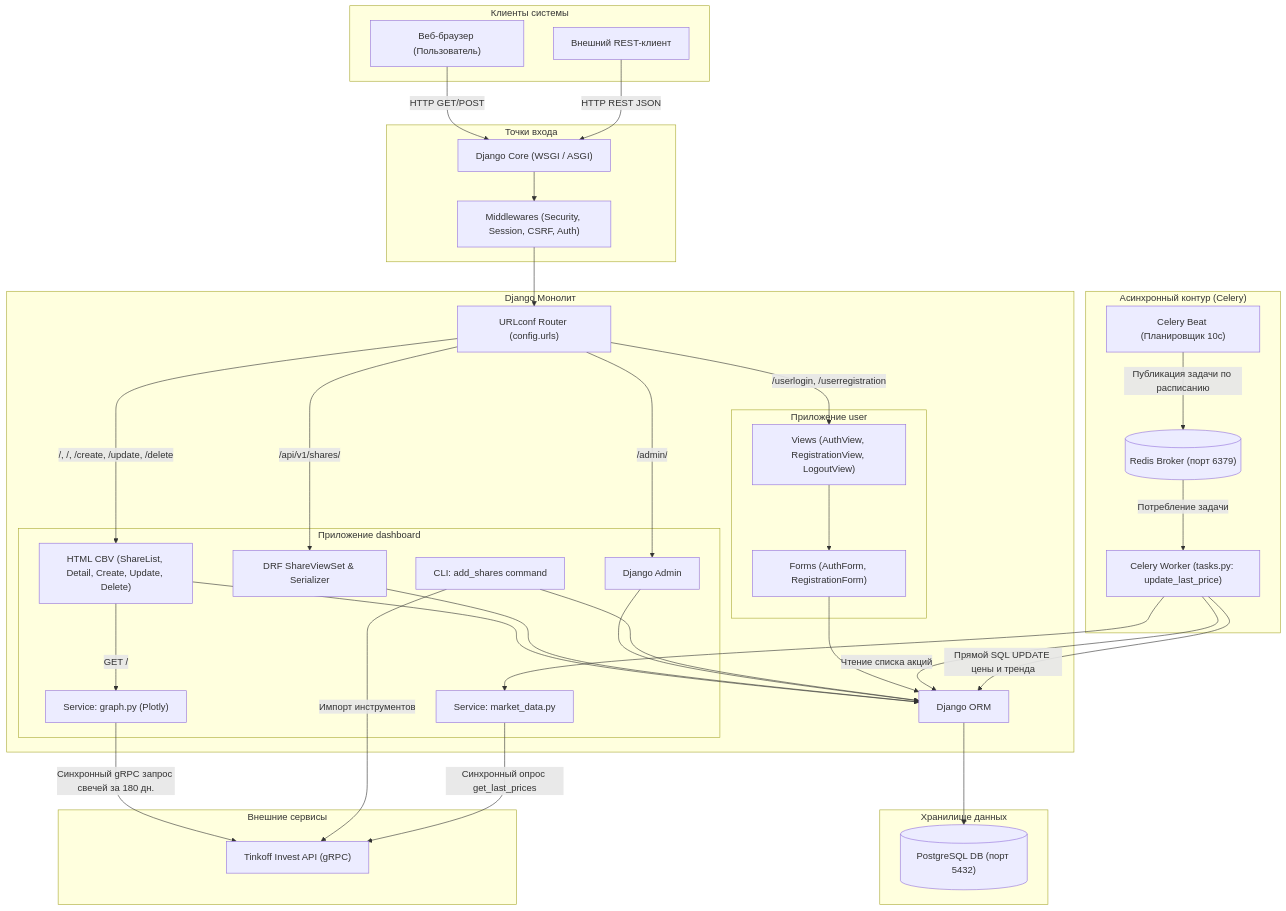
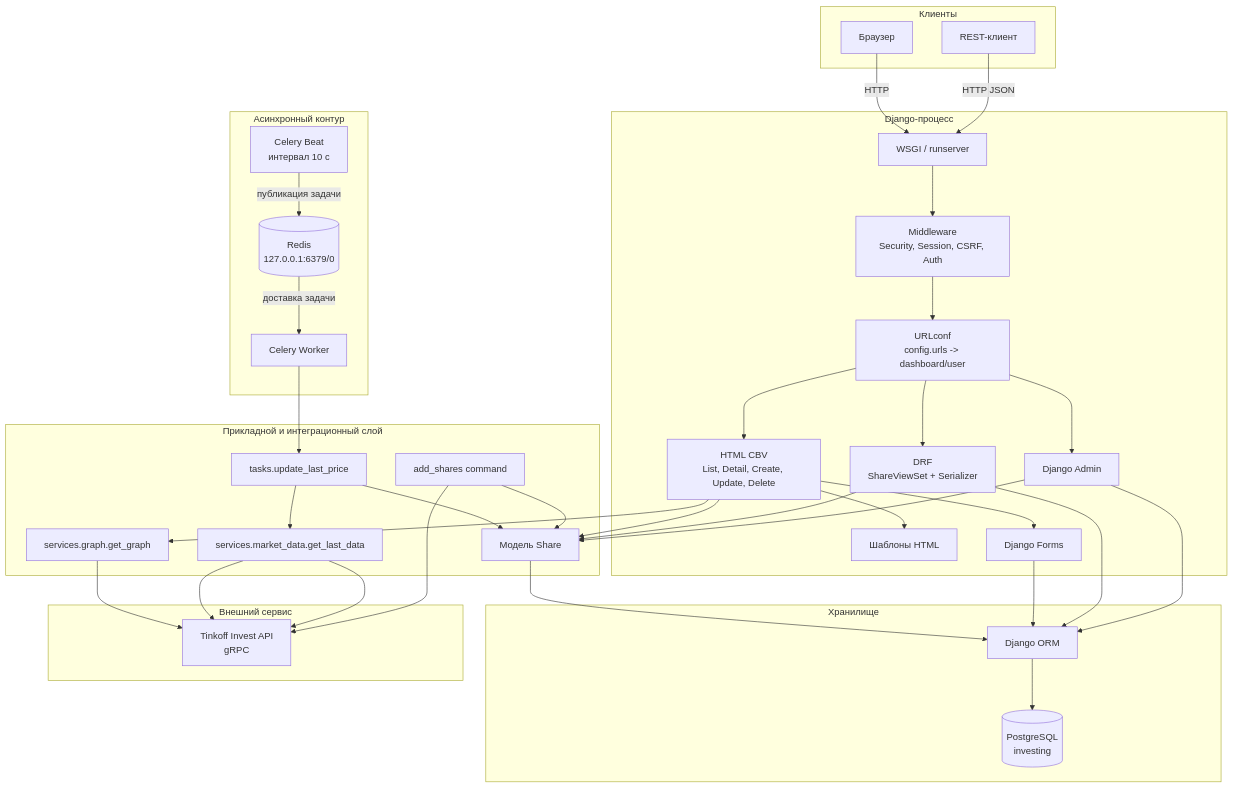
Before and after one commit to gospodiupasibozheeeee/aidd-topic-03-homework: the second of 8 diagrams in ANALYSIS.md, drawn with Mermaid. The commit also changed other lines of this file, not shown here.

Commit message:
Task 1: expand architecture and source code analysis

````diff
--- a/ANALYSIS.md
+++ b/ANALYSIS.md
@@ -107,77 +317,70 @@
 ```mermaid
 flowchart TD
-    subgraph Clients["Клиенты системы"]
-        Browser["Веб-браузер (Пользователь)"]
-        APIClient["Внешний REST-клиент"]
+    subgraph Clients["Клиенты"]
+        Browser["Браузер"]
+        APIClient["REST-клиент"]
     end
 
-    subgraph EntryPoint["Точки входа"]
-        DjangoCore["Django Core (WSGI / ASGI)"]
-        Middlewares["Middlewares (Security, Session, CSRF, Auth)"]
+    subgraph Web["Django-процесс"]
+        WSGI["WSGI / runserver"]
+        Middleware["Middleware<br/>Security, Session, CSRF, Auth"]
+        URLConf["URLconf<br/>config.urls -> dashboard/user"]
+        HTMLViews["HTML CBV<br/>List, Detail, Create, Update, Delete"]
+        DRF["DRF<br/>ShareViewSet + Serializer"]
+        Admin["Django Admin"]
+        Templates["Шаблоны HTML"]
+        Forms["Django Forms"]
     end
 
-    subgraph DjangoApps["Django Монолит"]
-        URLRouter["URLconf Router (config.urls)"]
-        
-        subgraph UserApp["Приложение user"]
-            UserViews["Views (AuthView, RegistrationView, LogoutView)"]
-            UserForms["Forms (AuthForm, RegistrationForm)"]
-        end
-
-        subgraph DashboardApp["Приложение dashboard"]
-            DashViews["HTML CBV (ShareList, Detail, Create, Update, Delete)"]
-            DRFViewSet["DRF ShareViewSet & Serializer"]
-            DashAdmin["Django Admin"]
-            ServicesGraph["Service: graph.py (Plotly)"]
-            ServicesMarket["Service: market_data.py"]
-            ManagementCommand["CLI: add_shares command"]
-        end
-
-        ORM["Django ORM"]
+    subgraph Domain["Прикладной и интеграционный слой"]
+        ShareModel["Модель Share"]
+        Graph["services.graph.get_graph"]
+        Market["services.market_data.get_last_data"]
+        Tasks["tasks.update_last_price"]
+        Mgmt["add_shares command"]
     end
 
-    subgraph AsyncWorker["Асинхронный контур (Celery)"]
-        CeleryBeat["Celery Beat (Планировщик 10с)"]
-        Broker[("Redis Broker (порт 6379)")]
-        CeleryWorker["Celery Worker (tasks.py: update_last_price)"]
+    subgraph Async["Асинхронный контур"]
+        Beat["Celery Beat<br/>интервал 10 с"]
+        Broker[("Redis<br/>127.0.0.1:6379/0")]
+        Worker["Celery Worker"]
     end
 
-    subgraph Storage["Хранилище данных"]
-        PostgresDB[("PostgreSQL DB (порт 5432)")]
+    subgraph Data["Хранилище"]
+        ORM["Django ORM"]
+        DB[("PostgreSQL<br/>investing")]
     end
 
-    subgraph ExternalServices["Внешние сервисы"]
-        TinkoffAPI["Tinkoff Invest API (gRPC)"]
+    subgraph External["Внешний сервис"]
+        Tinkoff["Tinkoff Invest API<br/>gRPC"]
     end
 
-    Browser -->|HTTP GET/POST| DjangoCore
-    APIClient -->|HTTP REST JSON| DjangoCore
-    DjangoCore --> Middlewares --> URLRouter
+    Browser -->|"HTTP"| WSGI
+    APIClient -->|"HTTP JSON"| WSGI
+    WSGI --> Middleware --> URLConf
+    URLConf --> HTMLViews
+    URLConf --> DRF
+    URLConf --> Admin
+    HTMLViews --> Forms
+    HTMLViews --> ShareModel
+    HTMLViews --> Templates
+    HTMLViews --> Graph
+    DRF --> ShareModel
+    Admin --> ShareModel
+    Graph --> Tinkoff
+    Market --> Tinkoff
 
-    URLRouter -->|/userlogin, /userregistration| UserViews
-    UserViews --> UserForms
-    UserForms --> ORM
+    ShareModel --> ORM --> DB
+    Forms --> ORM
+    DRF --> ORM
+    Admin --> ORM
 
-    URLRouter -->|/, /<pk>, /create, /update, /delete| DashViews
-    URLRouter -->|/api/v1/shares/| DRFViewSet
-    URLRouter -->|/admin/| DashAdmin
-
-    DashViews --> ORM
-    DashViews -->|GET /<pk>| ServicesGraph
-    ServicesGraph -->|Синхронный gRPC запрос свечей за 180 дн.| TinkoffAPI
-    
-    DRFViewSet --> ORM
-    DashAdmin --> ORM
-    
-    ManagementCommand -->|Импорт инструментов| TinkoffAPI
-    ManagementCommand --> ORM
-
-    CeleryBeat -->|Публикация задачи по расписанию| Broker
-    Broker -->|Потребление задачи| CeleryWorker
-    CeleryWorker -->|Чтение списка акций| ORM
-    CeleryWorker --> ServicesMarket
-    ServicesMarket -->|Синхронный опрос get_last_prices| TinkoffAPI
-    CeleryWorker -->|Прямой SQL UPDATE цены и тренда| ORM
-
-    ORM --> PostgresDB
+    Beat -->|"публикация задачи"| Broker
+    Broker -->|"доставка задачи"| Worker
+    Worker --> Tasks
+    Tasks --> ShareModel
+    Tasks --> Market
+    Market --> Tinkoff
+    Mgmt --> Tinkoff
+    Mgmt --> ShareModel
 ```
````
